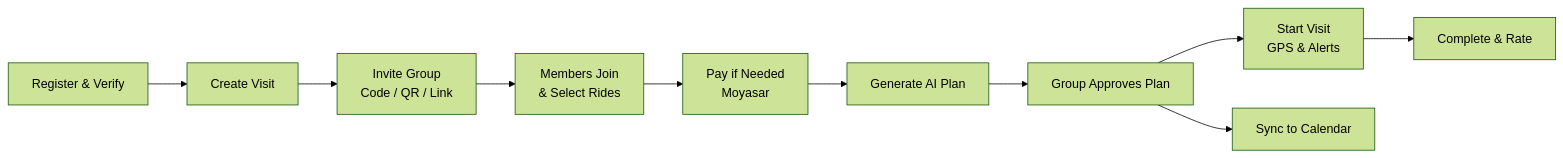
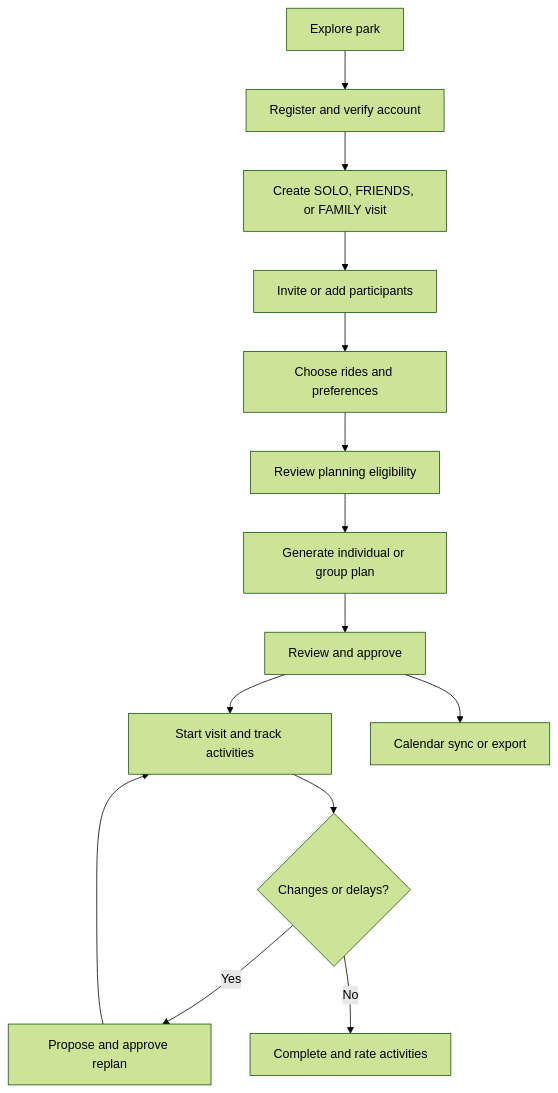
The first of 2 diagrams in README.md (Abdulaziz-Shafae/SIKKA), drawn with Mermaid (forest theme) before and after one commit. The commit also changed other lines of this file, not shown here.

````diff
--- a/README.md
+++ b/README.md
@@ -73,12 +68,16 @@
 ```mermaid
-flowchart LR
-    A[Register & Verify] --> B[Create Visit]
-    B --> C[Invite Group<br/>Code / QR / Link]
-    C --> D[Members Join<br/>& Select Rides]
-    D --> E[Pay if Needed<br/>Moyasar]
-    E --> F[Generate AI Plan]
-    F --> G[Group Approves Plan]
-    G --> H[Start Visit<br/>GPS & Alerts]
-    H --> I[Complete & Rate]
-    G --> J[Sync to Calendar]
+flowchart TD
+    A[Explore park] --> B[Register and verify account]
+    B --> C[Create SOLO, FRIENDS, or FAMILY visit]
+    C --> D[Invite or add participants]
+    D --> E[Choose rides and preferences]
+    E --> F[Review planning eligibility]
+    F --> G[Generate individual or group plan]
+    G --> H[Review and approve]
+    H --> I[Start visit and track activities]
+    I --> J{Changes or delays?}
+    J -->|Yes| K[Propose and approve replan]
+    K --> I
+    J -->|No| L[Complete and rate activities]
+    H --> M[Calendar sync or export]
 ```
````
